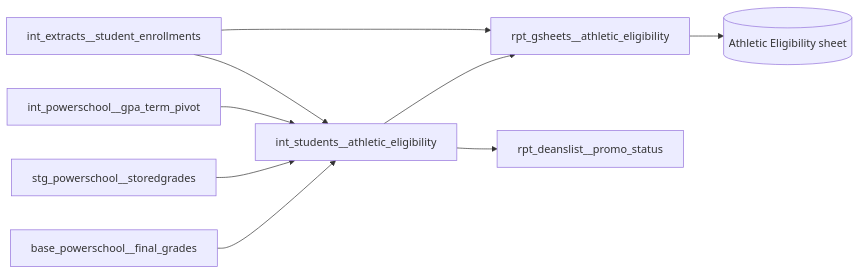
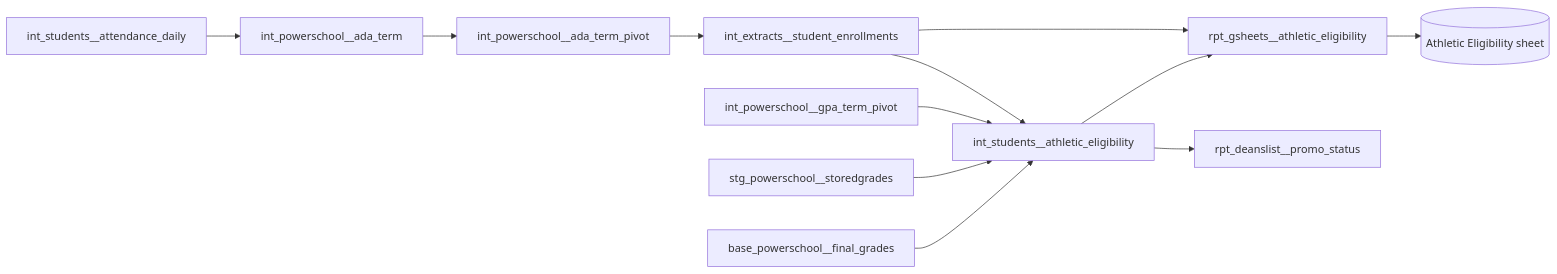
The diagram in docs/models/athletic-eligibility-data-model.md (TEAMSchools/teamster), drawn with Mermaid before and after one commit. The commit also changed other lines of this file and 2 other files, not shown here.

First line of the commit message:
docs(athletic-eligibility): fix the claims the cold review caught

````diff
--- a/docs/models/athletic-eligibility-data-model.md
+++ b/docs/models/athletic-eligibility-data-model.md
@@ -16,11 +16,14 @@
 ```mermaid
 flowchart LR
-    enr[int_extracts__student_enrollments] --> ae[int_students__athletic_eligibility]
+    att[int_students__attendance_daily] --> adat[int_powerschool__ada_term]
+    adat --> adap[int_powerschool__ada_term_pivot]
+    adap --> enr[int_extracts__student_enrollments]
+    enr --> ae[int_students__athletic_eligibility]
     gpa[int_powerschool__gpa_term_pivot] --> ae
     sg[stg_powerschool__storedgrades] --> ae
     fg[base_powerschool__final_grades] --> ae
     enr --> rpt[rpt_gsheets__athletic_eligibility]
     ae --> rpt
     rpt --> sheet[(Athletic Eligibility sheet)]
     ae --> dl[rpt_deanslist__promo_status]
 ```
````
